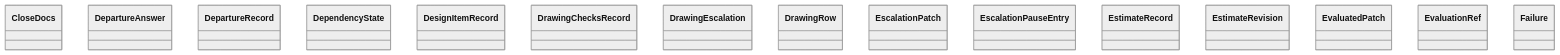
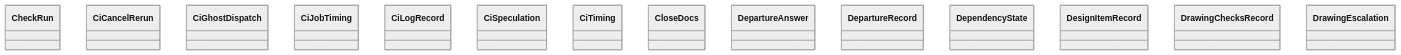
Before and after one commit to GonzaloZevallos/agentic-system: the diagram in docs/architecture/generated/classes-process-domain-state-5.md, drawn with Mermaid (neutral theme). The commit also changed other lines of this file and 38 other files, not shown here.

````diff
--- a/docs/architecture/generated/classes-process-domain-state-5.md
+++ b/docs/architecture/generated/classes-process-domain-state-5.md
@@ -31,18 +32,17 @@
 ```mermaid
 classDiagram
+    class task__CheckRun["CheckRun"]
+    class task__CiCancelRerun["CiCancelRerun"]
+    class task__CiGhostDispatch["CiGhostDispatch"]
+    class task__CiJobTiming["CiJobTiming"]
+    class task__CiLogRecord["CiLogRecord"]
+    class task__CiSpeculation["CiSpeculation"]
+    class task__CiTiming["CiTiming"]
     class task__CloseDocs["CloseDocs"]
     class task__DepartureAnswer["DepartureAnswer"]
     class task__DepartureRecord["DepartureRecord"]
     class task__DependencyState["DependencyState"]
     class task__DesignItemRecord["DesignItemRecord"]
     class task__DrawingChecksRecord["DrawingChecksRecord"]
     class task__DrawingEscalation["DrawingEscalation"]
-    class task__DrawingRow["DrawingRow"]
-    class task__EscalationPatch["EscalationPatch"]
-    class task__EscalationPauseEntry["EscalationPauseEntry"]
-    class task__EstimateRecord["EstimateRecord"]
-    class task__EstimateRevision["EstimateRevision"]
-    class task__EvaluatedPatch["EvaluatedPatch"]
-    class task__EvaluationRef["EvaluationRef"]
-    class task__Failure["Failure"]
 ```
````
